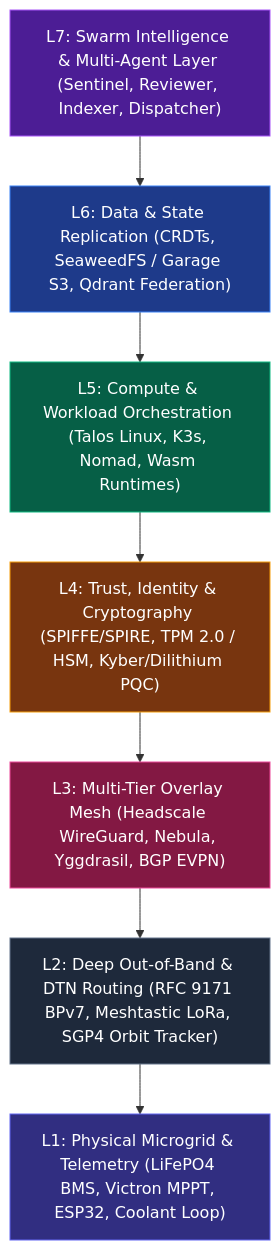
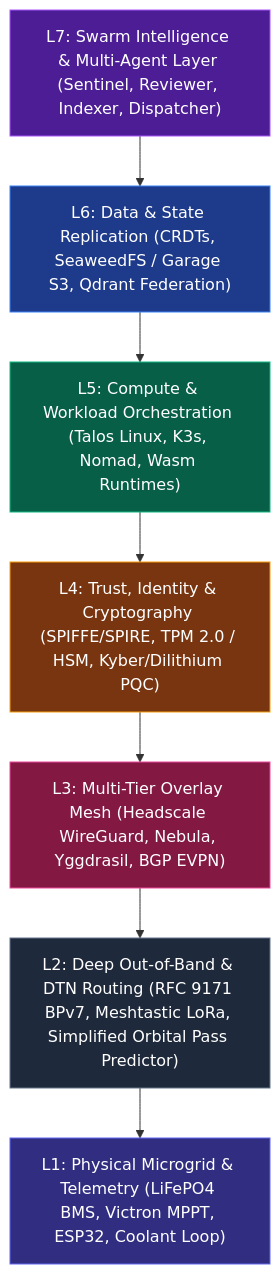
One commit to iliachry/sovereign-mini-datacenter changed the first of 6 diagrams in ARCHITECTURE.md. Above: the diagram before and after it, drawn with Mermaid. The commit also changed other lines of this file and 79 other files, not shown here.

````diff
--- a/ARCHITECTURE.md
+++ b/ARCHITECTURE.md
@@ -60,25 +60,25 @@
 ```mermaid
 graph TD
     classDef l7 fill:#4c1d95,stroke:#a855f7,color:#fff;
     classDef l6 fill:#1e3a8a,stroke:#3b82f6,color:#fff;
     classDef l5 fill:#065f46,stroke:#10b981,color:#fff;
     classDef l4 fill:#78350f,stroke:#f59e0b,color:#fff;
     classDef l3 fill:#831843,stroke:#ec4899,color:#fff;
     classDef l2 fill:#1e293b,stroke:#64748b,color:#fff;
     classDef l1 fill:#312e81,stroke:#6366f1,color:#fff;
 
     L7["L7: Swarm Intelligence & Multi-Agent Layer (Sentinel, Reviewer, Indexer, Dispatcher)"]:::l7
     L6["L6: Data & State Replication (CRDTs, SeaweedFS / Garage S3, Qdrant Federation)"]:::l6
     L5["L5: Compute & Workload Orchestration (Talos Linux, K3s, Nomad, Wasm Runtimes)"]:::l5
     L4["L4: Trust, Identity & Cryptography (SPIFFE/SPIRE, TPM 2.0 / HSM, Kyber/Dilithium PQC)"]:::l4
     L3["L3: Multi-Tier Overlay Mesh (Headscale WireGuard, Nebula, Yggdrasil, BGP EVPN)"]:::l3
-    L2["L2: Deep Out-of-Band & DTN Routing (RFC 9171 BPv7, Meshtastic LoRa, SGP4 Orbit Tracker)"]:::l2
+    L2["L2: Deep Out-of-Band & DTN Routing (RFC 9171 BPv7, Meshtastic LoRa, Simplified Orbital Pass Predictor)"]:::l2
     L1["L1: Physical Microgrid & Telemetry (LiFePO4 BMS, Victron MPPT, ESP32, Coolant Loop)"]:::l1
 
     L7 --> L6
     L6 --> L5
     L5 --> L4
     L4 --> L3
     L3 --> L2
     L2 --> L1
 ```
````
